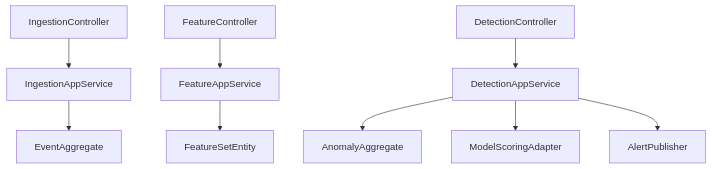
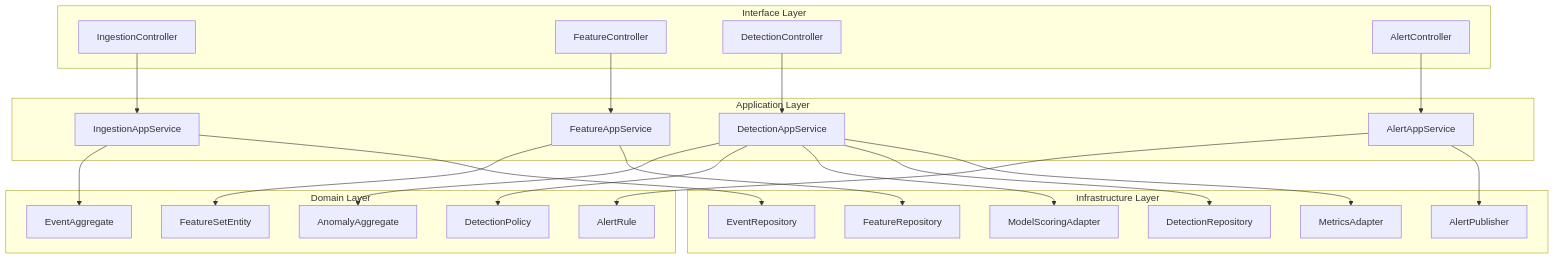
The first of 2 diagrams in Anomaly Detection System/implementation/c4-code-diagram.md (0Ankit0/Project-Ideas), drawn with Mermaid before and after one commit. The commit also changed other lines of this file and 2 other files, not shown here.

Commit message:
Expand implementation C4 docs with detailed module explanations

````diff
--- a/Anomaly Detection System/implementation/c4-code-diagram.md
+++ b/Anomaly Detection System/implementation/c4-code-diagram.md
@@ -3,8 +6,47 @@
 ```mermaid
 flowchart TB
+  subgraph Interface[Interface Layer]
+    IngestionController
+    FeatureController
+    DetectionController
+    AlertController
+  end
+
+  subgraph Application[Application Layer]
+    IngestionAppService
+    FeatureAppService
+    DetectionAppService
+    AlertAppService
+  end
+
+  subgraph Domain[Domain Layer]
+    EventAggregate
+    FeatureSetEntity
+    DetectionPolicy
+    AnomalyAggregate
+    AlertRule
+  end
+
+  subgraph Infrastructure[Infrastructure Layer]
+    EventRepository
+    FeatureRepository
+    DetectionRepository
+    ModelScoringAdapter
+    AlertPublisher
+    MetricsAdapter
+  end
+
   IngestionController --> IngestionAppService --> EventAggregate
   FeatureController --> FeatureAppService --> FeatureSetEntity
   DetectionController --> DetectionAppService --> AnomalyAggregate
+  AlertController --> AlertAppService --> AlertRule
+
+  DetectionAppService --> DetectionPolicy
   DetectionAppService --> ModelScoringAdapter
-  DetectionAppService --> AlertPublisher
+  DetectionAppService --> DetectionRepository
+  DetectionAppService --> MetricsAdapter
+
+  IngestionAppService --> EventRepository
+  FeatureAppService --> FeatureRepository
+  AlertAppService --> AlertPublisher
 ```
````
